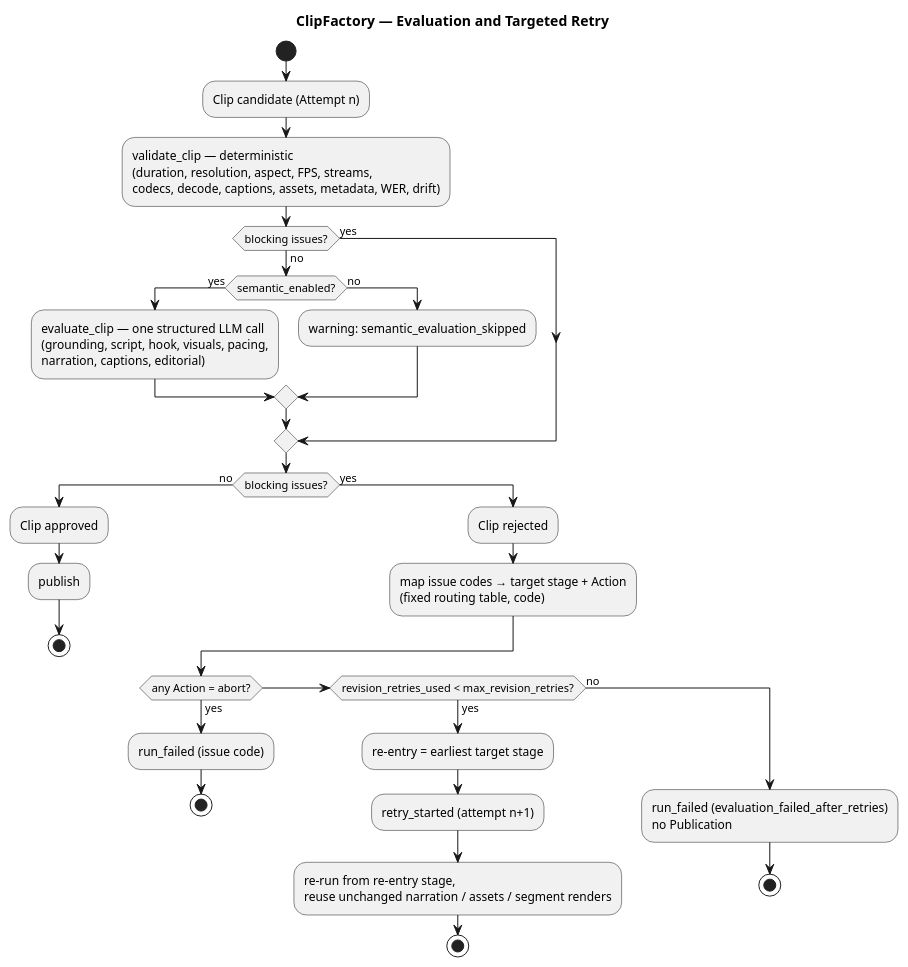
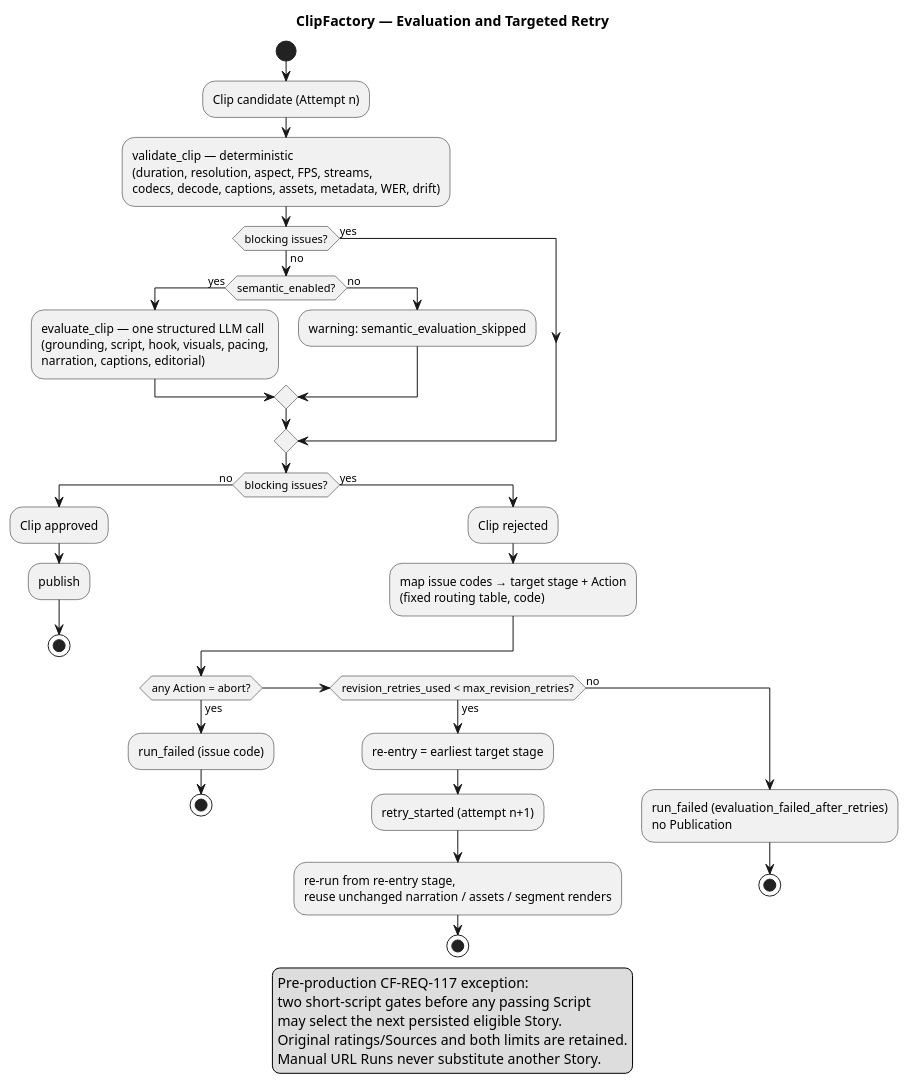
The diagram in doc/specifications/architecture/diagrams/evaluation-retry-flow.puml (lePuffin/ClipFactory), drawn with PlantUML before and after one commit. The commit also changed 104 other files, not shown here.

```diff
--- a/doc/specifications/architecture/diagrams/evaluation-retry-flow.puml
+++ b/doc/specifications/architecture/diagrams/evaluation-retry-flow.puml
@@ -1,36 +1,44 @@
 @startuml evaluation-retry-flow
 ' Requirements: ../../11-evaluation-and-retry.md
 title ClipFactory — Evaluation and Targeted Retry
+
+legend bottom
+Pre-production CF-REQ-117 exception:
+two short-script gates before any passing Script
+may select the next persisted eligible Story.
+Original ratings/Sources and both limits are retained.
+Manual URL Runs never substitute another Story.
+endlegend
 
 start
 :Clip candidate (Attempt n);
 :validate_clip — deterministic\n(duration, resolution, aspect, FPS, streams,\ncodecs, decode, captions, assets, metadata, WER, drift);
 if (blocking issues?) then (yes)
 else (no)
   if (semantic_enabled?) then (yes)
     :evaluate_clip — one structured LLM call\n(grounding, script, hook, visuals, pacing,\nnarration, captions, editorial);
   else (no)
     :warning: semantic_evaluation_skipped;
   endif
 endif
 if (blocking issues?) then (no)
   :Clip approved;
   :publish;
   stop
 else (yes)
   :Clip rejected;
   :map issue codes → target stage + Action\n(fixed routing table, code);
   if (any Action = abort?) then (yes)
     :run_failed (issue code);
     stop
   elseif (revision_retries_used < max_revision_retries?) then (yes)
     :re-entry = earliest target stage;
     :retry_started (attempt n+1);
     :re-run from re-entry stage,\nreuse unchanged narration / assets / segment renders;
     stop
   else (no)
     :run_failed (evaluation_failed_after_retries)\nno Publication;
     stop
   endif
 endif
 @enduml
```
